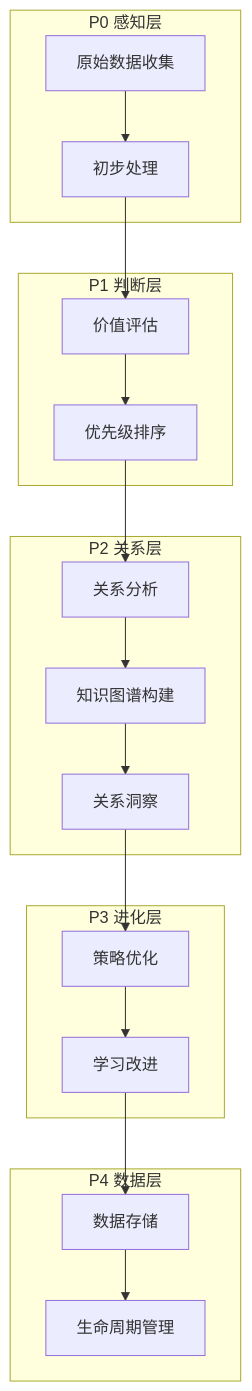
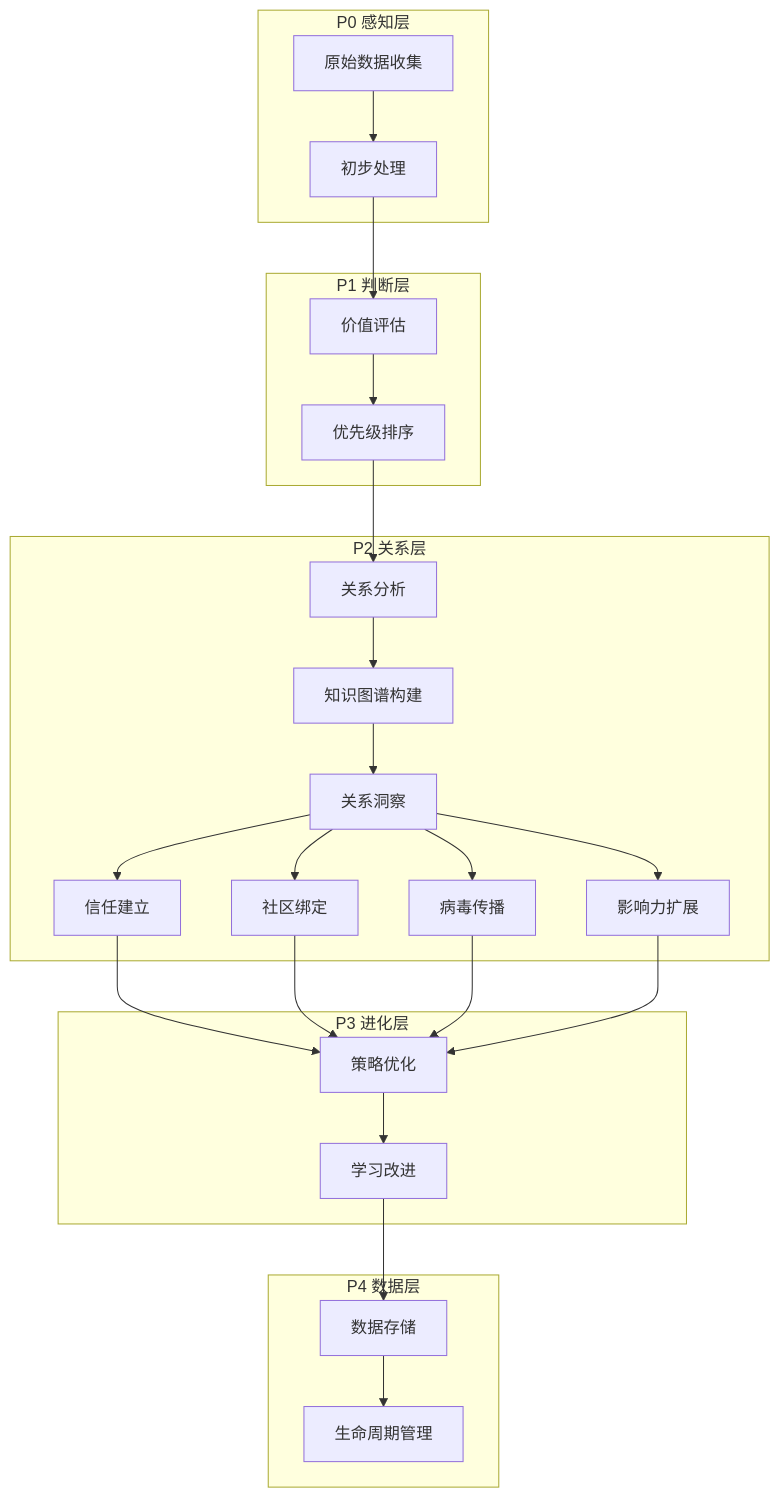
The third of 14 diagrams in .qoder/repowiki/zh/content/P2关系层.md (jackeyunjie/open-notebook), drawn with Mermaid before and after one commit. The commit also changed other lines of this file and 51 other files, not shown here.

````diff
--- a/.qoder/repowiki/zh/content/P2关系层.md
+++ b/.qoder/repowiki/zh/content/P2关系层.md
@@ -144,34 +204,45 @@
 ```mermaid
 graph TB
 subgraph "P0 感知层"
 P0Data[原始数据收集]
 P0Processing[初步处理]
 end
 subgraph "P1 判断层"
 P1Assessment[价值评估]
 P1Priority[优先级排序]
 end
 subgraph "P2 关系层"
 P2Analysis[关系分析]
 P2Graph[知识图谱构建]
 P2Insights[关系洞察]
+P2Trust[信任建立]
+P2Community[社区绑定]
+P2Viral[病毒传播]
+P2Influence[影响力扩展]
 end
 subgraph "P3 进化层"
 P3Optimization[策略优化]
 P3Learning[学习改进]
 end
 subgraph "P4 数据层"
 P4Storage[数据存储]
 P4Management[生命周期管理]
 end
 P0Data --> P0Processing
 P0Processing --> P1Assessment
 P1Assessment --> P1Priority
 P1Priority --> P2Analysis
 P2Analysis --> P2Graph
 P2Graph --> P2Insights
-P2Insights --> P3Optimization
+P2Insights --> P2Trust
+P2Insights --> P2Community
+P2Insights --> P2Viral
+P2Insights --> P2Influence
+P2Trust --> P3Optimization
+P2Community --> P3Optimization
+P2Viral --> P3Optimization
+P2Influence --> P3Optimization
 P3Optimization --> P3Learning
 P3Learning --> P4Storage
 P4Storage --> P4Management
 ```
````
